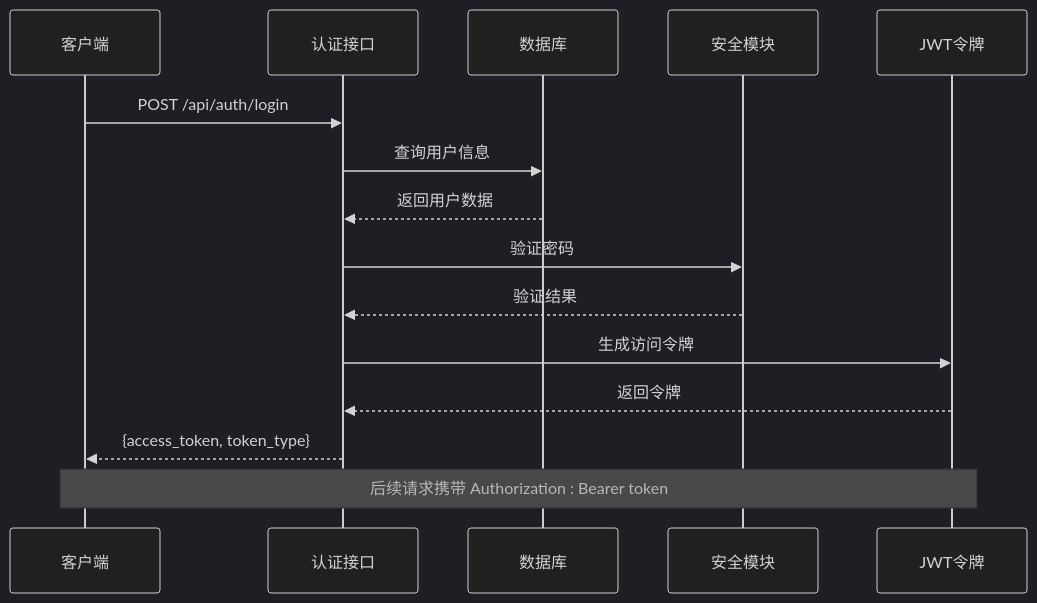
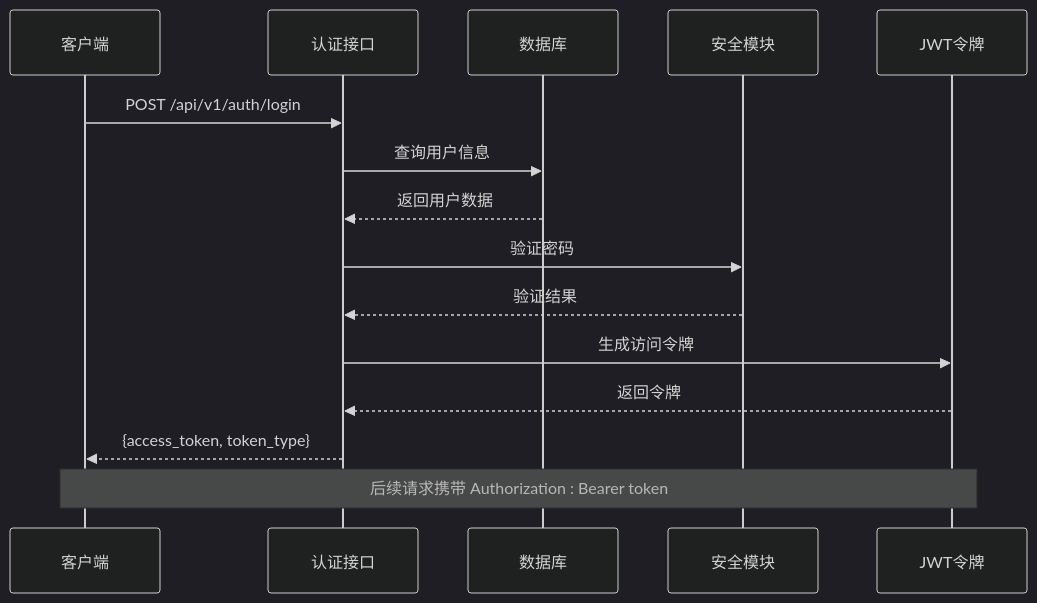
The second of 11 diagrams in .qoder/repowiki/zh/content/Graphql Api.md (breeze-lyf/ai-stock-advisor), drawn with Mermaid (dark theme) before and after one commit. The commit also changed other lines of this file and 43 other files, not shown here.

````diff
--- a/.qoder/repowiki/zh/content/Graphql Api.md
+++ b/.qoder/repowiki/zh/content/Graphql Api.md
@@ -116,17 +129,17 @@
 ```mermaid
 sequenceDiagram
 participant Client as 客户端
 participant Auth as 认证接口
 participant DB as 数据库
 participant Security as 安全模块
 participant Token as JWT令牌
-Client->>Auth : POST /api/auth/login
+Client->>Auth : POST /api/v1/auth/login
 Auth->>DB : 查询用户信息
 DB-->>Auth : 返回用户数据
 Auth->>Security : 验证密码
 Security-->>Auth : 验证结果
 Auth->>Token : 生成访问令牌
 Token-->>Auth : 返回令牌
 Auth-->>Client : {access_token, token_type}
 Note over Client,Token : 后续请求携带 Authorization : Bearer token
 ```
````
